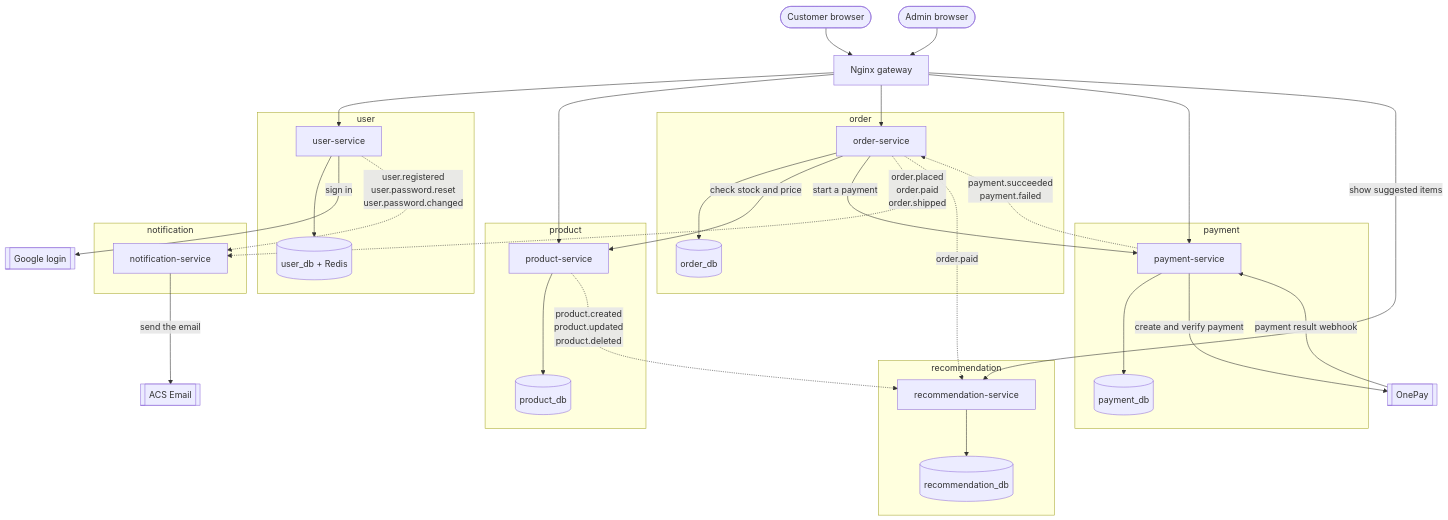
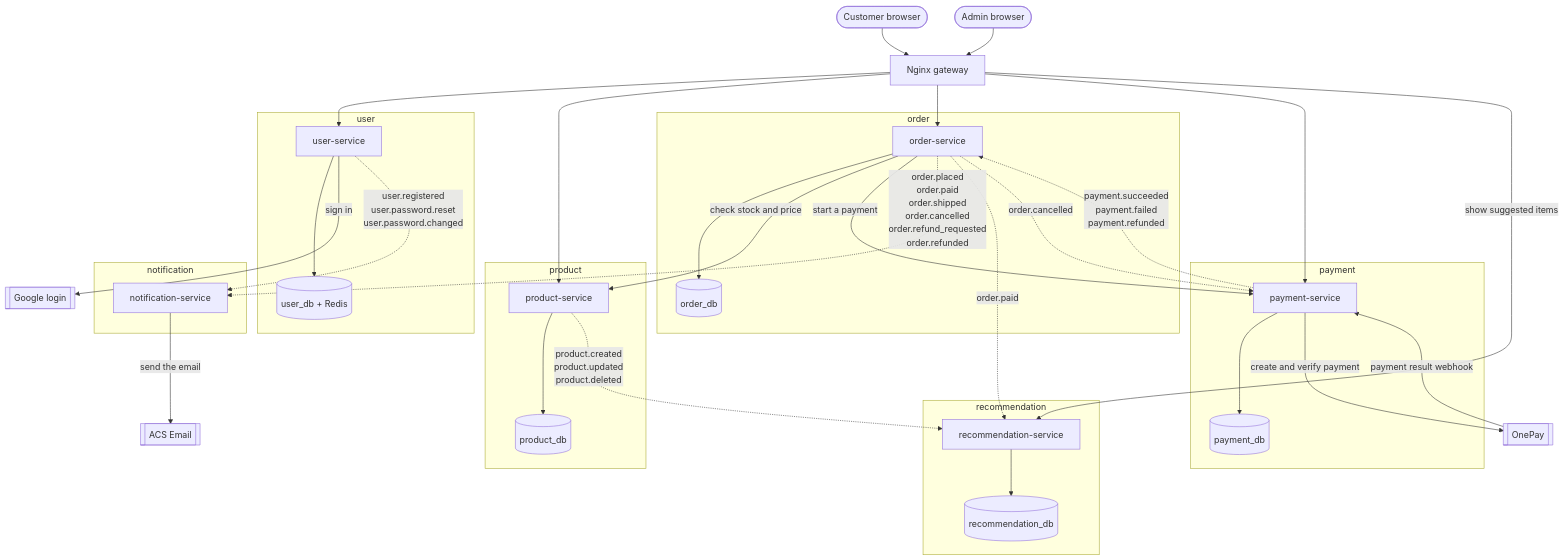
One commit to MotoXpress-wicky/infrastructure changed the diagram in docs/architecture/02-container-diagram.md. Above: the diagram before and after it, drawn with Mermaid. The commit also changed other lines of this file and 3 other files, not shown here.

Commit message:
added order cancelled and payment refund events to the diagrams

````diff
--- a/docs/architecture/02-container-diagram.md
+++ b/docs/architecture/02-container-diagram.md
@@ -18,64 +11,76 @@
 ```mermaid
 flowchart TB
     customer([Customer browser])
     admin([Admin browser])
 
     nginx["Nginx gateway"]
 
     subgraph userbox [user]
         user["user-service"]
         userdb[("user_db + Redis")]
     end
+
     subgraph productbox [product]
         product["product-service"]
         productdb[("product_db")]
     end
+
     subgraph orderbox [order]
         order["order-service"]
         orderdb[("order_db")]
     end
+
     subgraph paymentbox [payment]
         payment["payment-service"]
         paymentdb[("payment_db")]
     end
+
     subgraph notifbox [notification]
         notif["notification-service"]
     end
+
     subgraph recobox [recommendation]
         reco["recommendation-service"]
         recodb[("recommendation_db")]
     end
 
     onepay[["OnePay"]]
     acs[["ACS Email"]]
     google[["Google login"]]
 
     %% ---------- HTTP: solid line, caller waits ----------
     customer --> nginx
     admin --> nginx
     nginx --> user
     nginx --> product
     nginx --> order
     nginx --> payment
     nginx -->|show suggested items| reco
 
     user --> userdb
     product --> productdb
     order --> orderdb
     payment --> paymentdb
     reco --> recodb
 
     order -->|check stock and price| product
     order -->|start a payment| payment
     user -->|sign in| google
     payment -->|create and verify payment| onepay
     onepay -->|payment result webhook| payment
     notif -->|send the email| acs
 
-    %% ---------- events: dotted line, no waiting, real event names ----------
-    payment -.->|"payment.succeeded<br/>payment.failed"| order
+    %% ---------- Events: dotted line, no waiting ----------
+    payment -.->|"payment.succeeded<br/>payment.failed<br/>payment.refunded"| order
+
     user -.->|"user.registered<br/>user.password.reset<br/>user.password.changed"| notif
-    order -.->|"order.placed<br/>order.paid<br/>order.shipped"| notif
+
+    order -.->|"order.placed<br/>order.paid<br/>order.shipped<br/>order.cancelled<br/>order.refund_requested<br/>order.refunded"| notif
+
     order -.->|"order.paid"| reco
+
     product -.->|"product.created<br/>product.updated<br/>product.deleted"| reco
+
+    %% ---------- Cancellation & Refund Events ----------
+    order -.->|"order.cancelled"| payment
 ```
````
